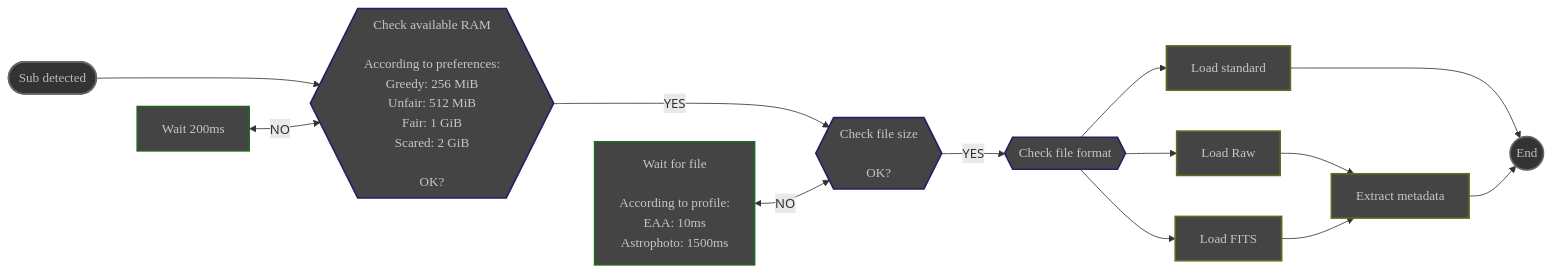
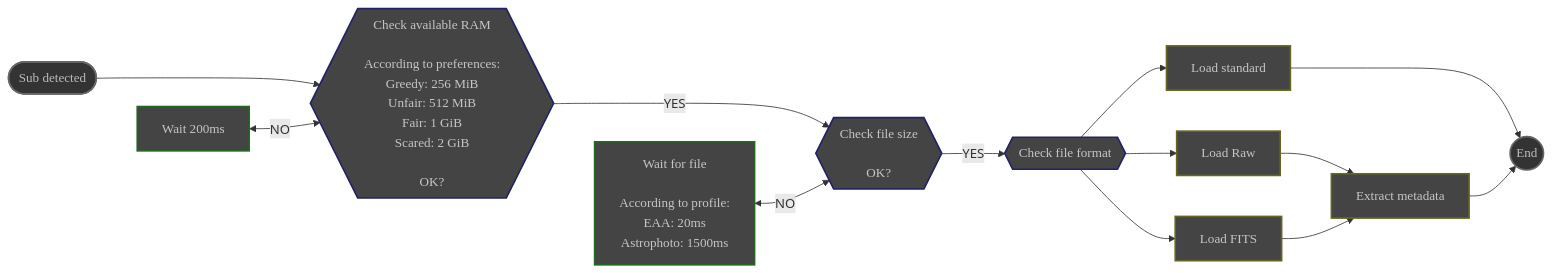
One commit to deufrai/als changed the diagram in website/content/en/docs/v1.0/reference/modules/scanner.md. Above: the diagram before and after it, drawn with Mermaid. The commit also changed other lines of this file and 2 other files, not shown here.

Commit message:
make Scanner more resilient to slow I/O on Visual Profile

````diff
--- a/website/content/en/docs/v1.0/reference/modules/scanner.md
+++ b/website/content/en/docs/v1.0/reference/modules/scanner.md
@@ -62,56 +62,56 @@
 ```mermaid
 flowchart LR
     START([Sub detected])
     
-    WAIT_FILE[Wait for file<br><br>According to profile:<br>EAA: 10ms<br>Astrophoto: 1500ms]
+    WAIT_FILE[Wait for file<br><br>According to profile:<br>EAA: 20ms<br>Astrophoto: 1500ms]
     WAIT_RAM[Wait 200ms]
     
     CHECK_RAM{{Check available RAM<br><br>According to preferences:<br>Greedy: 256 MiB<br>Unfair: 512 MiB<br>Fair: 1 GiB<br>Scared: 2 GiB<br><br>OK?}}
     CHECK_SIZE{{Check file size<br><br>OK?}}
     TEST_FORMAT{{Check file format}}
     
     FITS[Load FITS]
     STANDARD[Load standard]
     RAW[Load Raw]
     
     METADATA[Extract metadata]
     
     END((End))
     
     START ---> CHECK_RAM   
     WAIT_RAM <-->|NO| CHECK_RAM
  
     
     CHECK_RAM --->|YES| CHECK_SIZE
     WAIT_FILE <-->|NO| CHECK_SIZE   
     CHECK_SIZE -->|YES| TEST_FORMAT
 
     TEST_FORMAT -->  FITS
     TEST_FORMAT -->  STANDARD
     TEST_FORMAT -->  RAW
     
 
     RAW --> METADATA
     FITS --> METADATA
     
     STANDARD ---> END
     METADATA --> END
     
     classDef bounds fill: #333, stroke: #666, stroke-width: 2px, color: #BBB, font-family: 'Poppins', sans-serif
     classDef step fill: #444, stroke: #662, stroke-width:2px, color: #c6c6c6, font-family: 'Poppins',sans-serif
     classDef wait  fill: #444, stroke: #262,stroke-width: 2px, color: #c6c6c6, font-family:'Poppins', sans-serif
     classDef test fill: #444, stroke: #226, stroke-width: 2px, color: #c6c6c6, font-family: 'Poppins', sans-serif
     
     class START bounds
     class WAIT_FILE wait
     class WAIT_RAM wait
     class CHECK_RAM test
     class CHECK_SIZE test
     class TEST_FORMAT test
     class FITS step
     class STANDARD step
     class RAW step
     class METADATA step
     class END bounds
 
 ```
````
